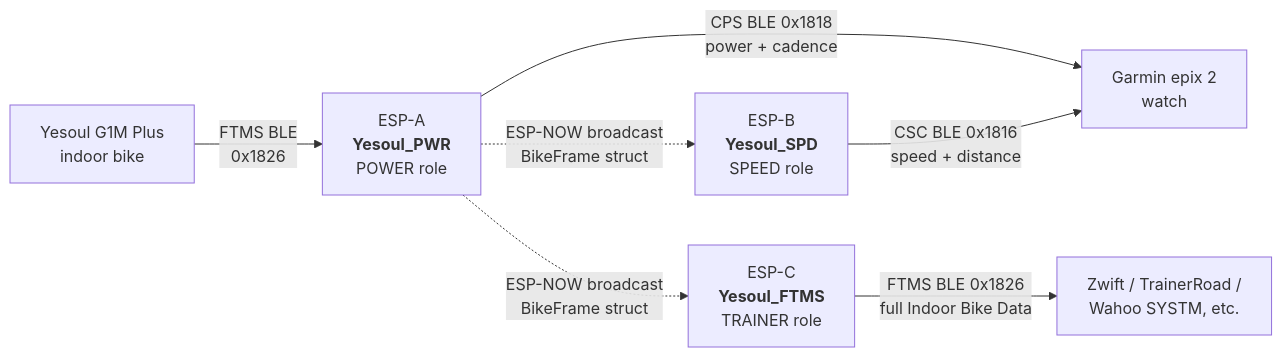
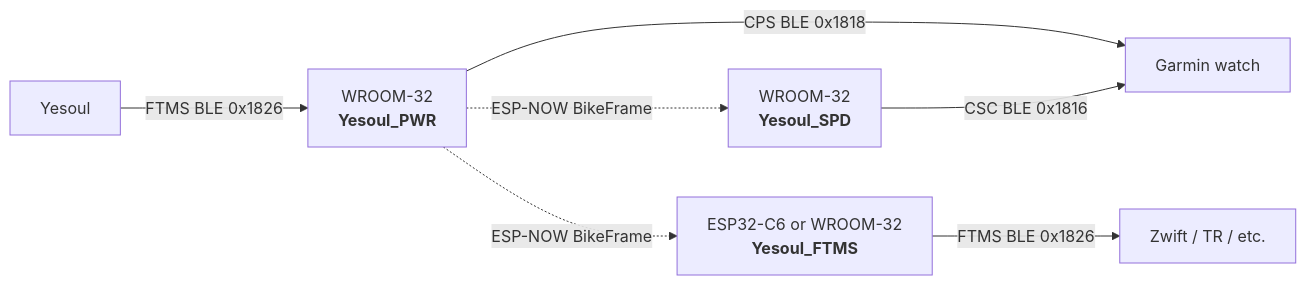
The third of 3 diagrams in docs/ARCHITECTURE.md (Topherr/Yesoul_BLE), drawn with Mermaid before and after one commit. The commit also changed other lines of this file and 4 other files, not shown here.

````diff
--- a/docs/ARCHITECTURE.md
+++ b/docs/ARCHITECTURE.md
@@ -5,16 +52,16 @@
 ```mermaid
 flowchart LR
-    bike["Yesoul G1M Plus<br/>indoor bike"]
-    espA["ESP-A<br/><b>Yesoul_PWR</b><br/>POWER role"]
-    espB["ESP-B<br/><b>Yesoul_SPD</b><br/>SPEED role"]
-    espC["ESP-C<br/><b>Yesoul_FTMS</b><br/>TRAINER role"]
-    watch["Garmin epix 2<br/>watch"]
-    zwift["Zwift / TrainerRoad /<br/>Wahoo SYSTM, etc."]
+    bike["Yesoul"]
+    pwr["WROOM-32<br/><b>Yesoul_PWR</b>"]
+    spd["WROOM-32<br/><b>Yesoul_SPD</b>"]
+    trn["ESP32-C6 or WROOM-32<br/><b>Yesoul_FTMS</b>"]
+    watch["Garmin watch"]
+    zwift["Zwift / TR / etc."]
 
-    bike -->|"FTMS BLE<br/>0x1826"| espA
-    espA -->|"CPS BLE 0x1818<br/>power + cadence"| watch
-    espA -.->|"ESP-NOW broadcast<br/>BikeFrame struct"| espB
-    espA -.->|"ESP-NOW broadcast<br/>BikeFrame struct"| espC
-    espB -->|"CSC BLE 0x1816<br/>speed + distance"| watch
-    espC -->|"FTMS BLE 0x1826<br/>full Indoor Bike Data"| zwift
+    bike -->|"FTMS BLE 0x1826"| pwr
+    pwr -->|"CPS BLE 0x1818"| watch
+    pwr -.->|"ESP-NOW BikeFrame"| spd
+    pwr -.->|"ESP-NOW BikeFrame"| trn
+    spd -->|"CSC BLE 0x1816"| watch
+    trn -->|"FTMS BLE 0x1826"| zwift
 ```
````
